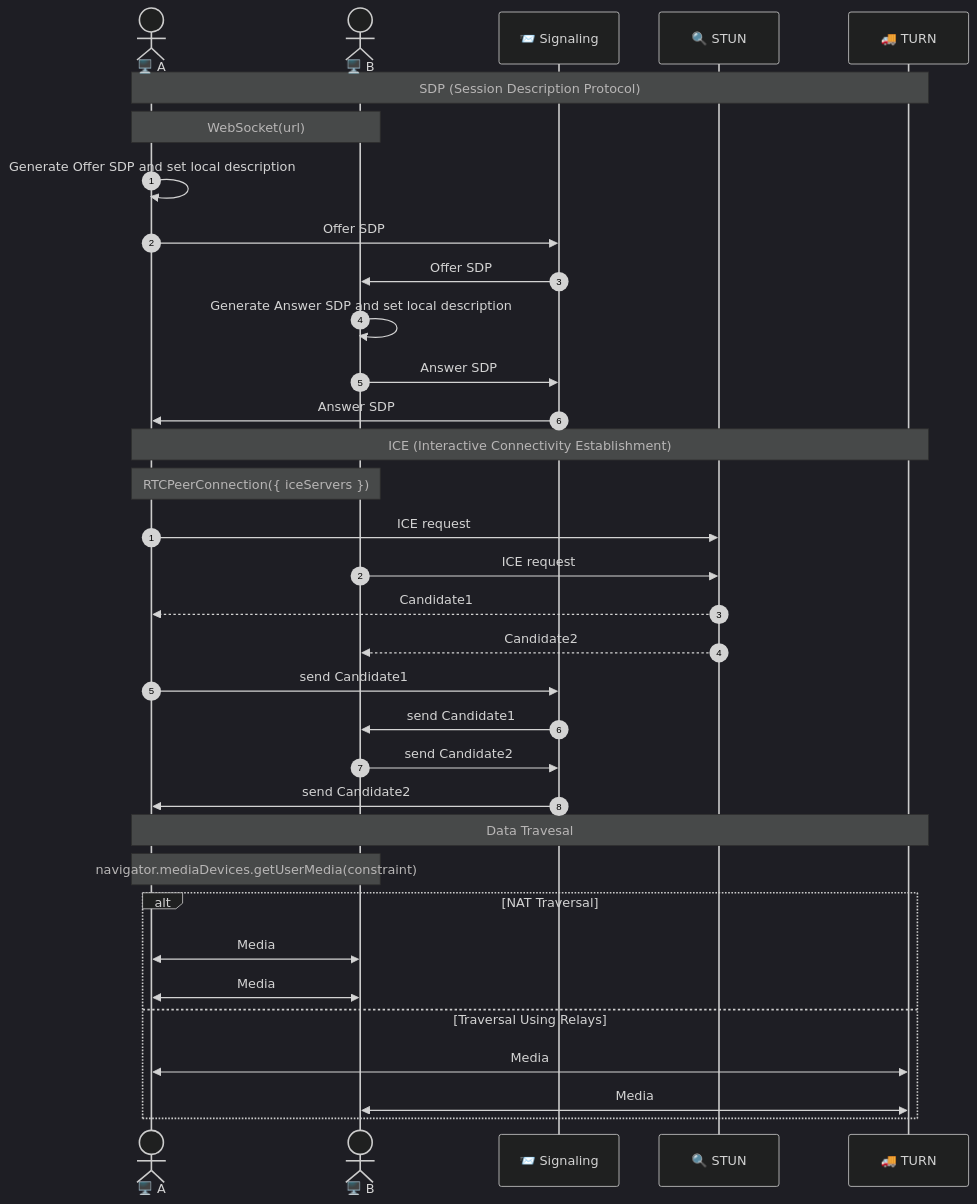
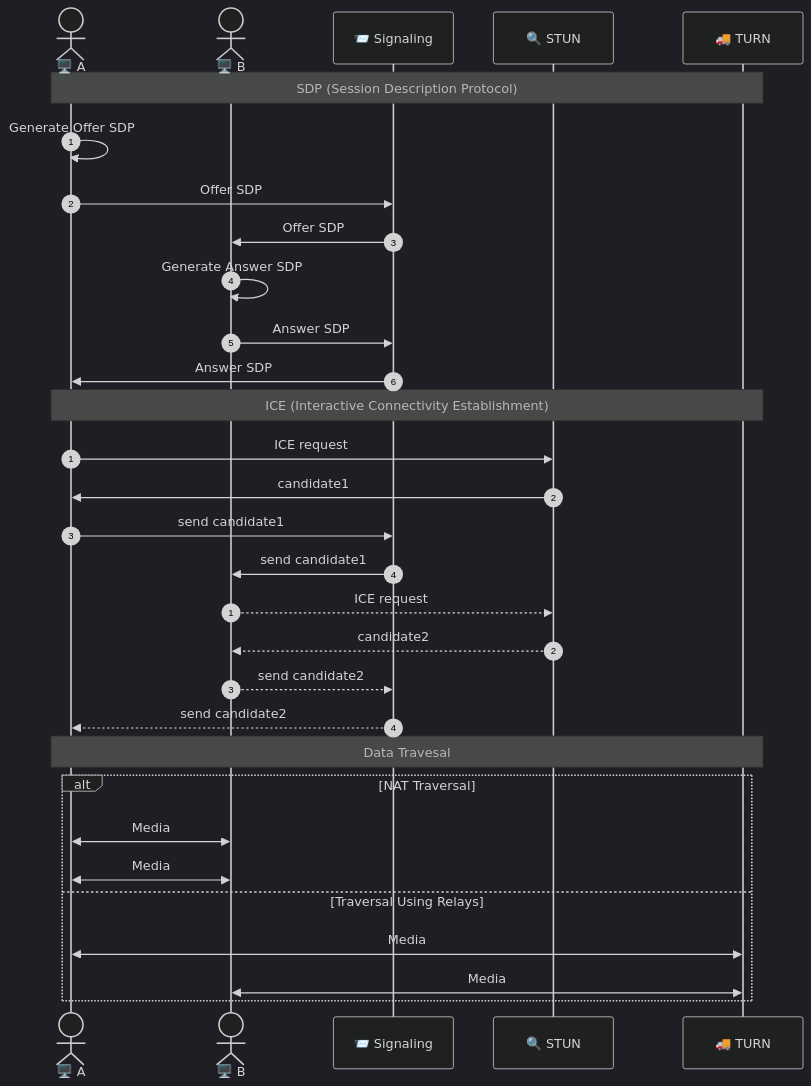
Before and after one commit to techunder/posts: the first of 2 diagrams in content/docs/10-rtc-intro/03-webrtc.md, drawn with Mermaid (dark theme). The commit also changed other lines of this file and 3 other files, not shown here.

````diff
--- a/content/docs/10-rtc-intro/03-webrtc.md
+++ b/content/docs/10-rtc-intro/03-webrtc.md
@@ -48,41 +48,40 @@
 ```mermaid
 sequenceDiagram
     actor A as 🖥️ A
     actor B as 🖥️ B
     participant Sig as 📨 Signaling
     participant STUN as 🔍 STUN
     participant TURN as 🚚 TURN
 
     Note over A,TURN: SDP (Session Description Protocol)
     autonumber 1
-    Note over A,B: WebSocket(url)
-    A->>A: Generate Offer SDP and set local description
+    A->>A: Generate Offer SDP
     A->>Sig: Offer SDP
     Sig->>B: Offer SDP
-    B->>B: Generate Answer SDP and set local description
+    B->>B: Generate Answer SDP
     B->>Sig: Answer SDP
     Sig->>A: Answer SDP
 
     Note over A,TURN: ICE (Interactive Connectivity Establishment)
     autonumber 1
-    Note over A,B: RTCPeerConnection({ iceServers })
     A->>STUN: ICE request
-    B->>STUN: ICE request
-    STUN-->>A: Candidate1
-    STUN-->>B: Candidate2
-    A->>Sig: send Candidate1
-    Sig->>B: send Candidate1
-    B->>Sig: send Candidate2
-    Sig->>A: send Candidate2
+    STUN->>A: candidate1
+    A->>Sig: send candidate1
+    Sig->>B: send candidate1
+
+    autonumber 1
+    B-->>STUN: ICE request
+    STUN-->>B: candidate2
+    B-->>Sig: send candidate2
+    Sig-->>A: send candidate2
 
     Note over A,TURN: Data Travesal
     autonumber off
-    Note over A,B: navigator.mediaDevices.getUserMedia(constraint)
     alt NAT Traversal
         A<<->>B: Media
         B<<->>A: Media
     else Traversal Using Relays
         A<<->>TURN: Media
         TURN<<->>B: Media
     end
 ```
````
